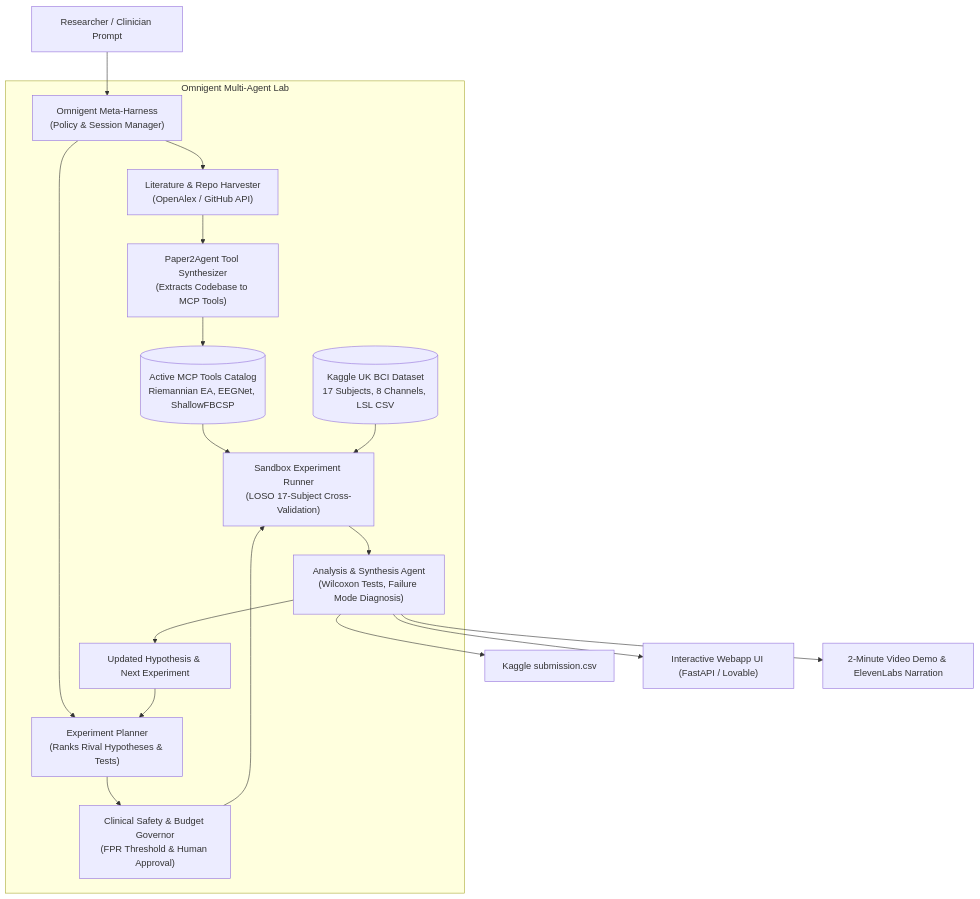
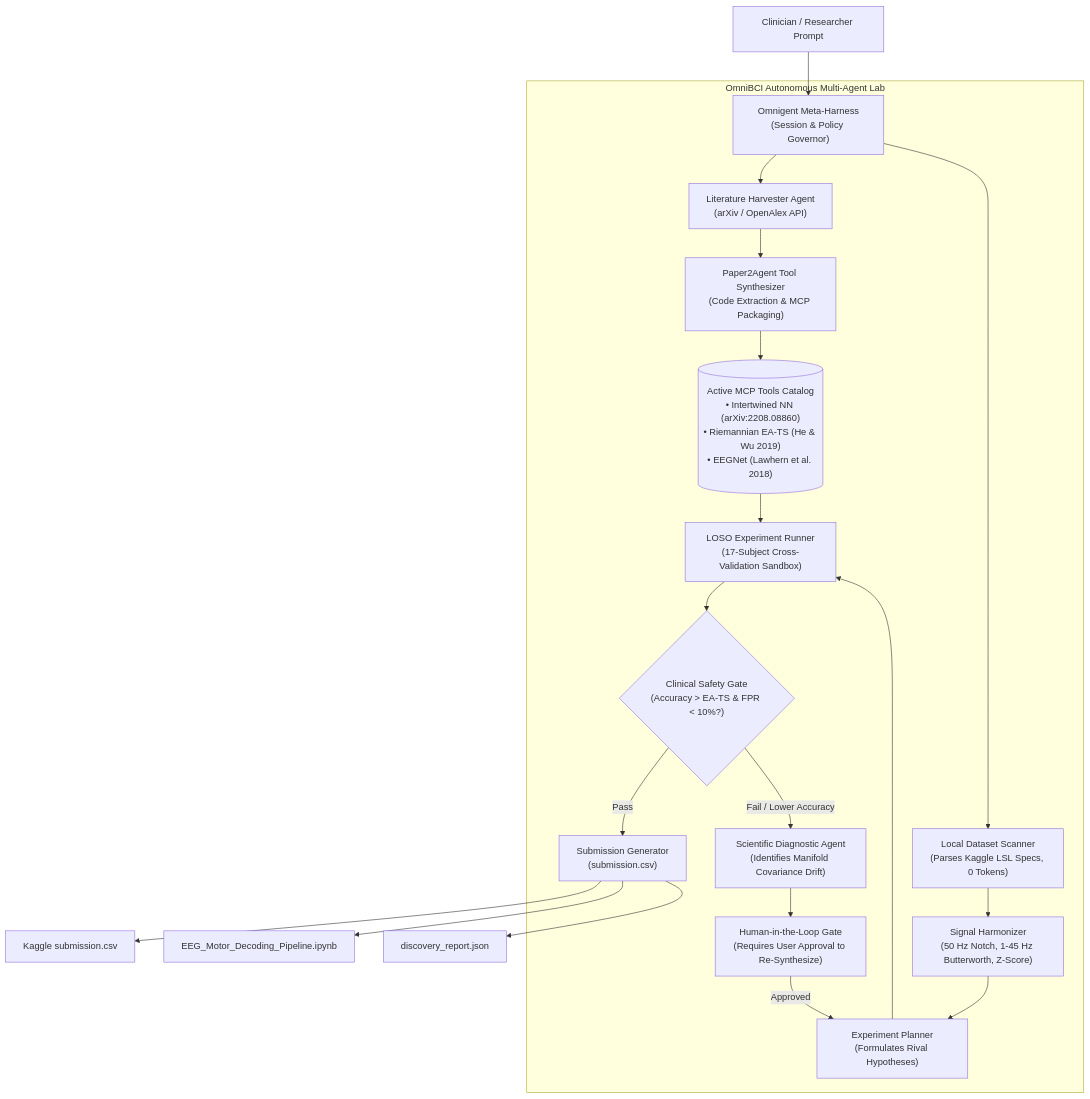
The diagram in README.md (mattin89/OmniBCI), drawn with Mermaid before and after one commit. The commit also changed other lines of this file and 19 other files, not shown here.

Commit message:
feat(discovery): complete OmniBCI autonomous lab with grounded citation popovers, JupyterLab execution panel, and comprehensive benchmark documentation

````diff
--- a/README.md
+++ b/README.md
@@ -30,25 +67,29 @@
 ```mermaid
 flowchart TD
-    User["Researcher / Clinician Prompt"] --> Orchestrator["Omnigent Meta-Harness<br/>(Policy & Session Manager)"]
+    User["Clinician / Researcher Prompt"] --> Orchestrator["Omnigent Meta-Harness<br/>(Session & Policy Governor)"]
     
-    subgraph Omnigent_Coordination ["Omnigent Multi-Agent Lab"]
-        Orchestrator --> LitAgent["Literature & Repo Harvester<br/>(OpenAlex / GitHub API)"]
-        LitAgent --> P2AAgent["Paper2Agent Tool Synthesizer<br/>(Extracts Codebase to MCP Tools)"]
-        P2AAgent --> MCPCatalog[("Active MCP Tools Catalog<br/>Riemannian EA, EEGNet, ShallowFBCSP")]
+    subgraph Omnigent_Pipeline ["OmniBCI Autonomous Multi-Agent Lab"]
+        Orchestrator --> Harvester["Literature Harvester Agent<br/>(arXiv / OpenAlex API)"]
+        Harvester --> P2A["Paper2Agent Tool Synthesizer<br/>(Code Extraction & MCP Packaging)"]
+        P2A --> MCPCatalog[("Active MCP Tools Catalog<br/>• Intertwined NN (arXiv:2208.08860)<br/>• Riemannian EA-TS (He & Wu 2019)<br/>• EEGNet (Lawhern et al. 2018)")]
         
-        Orchestrator --> Planner["Experiment Planner<br/>(Ranks Rival Hypotheses & Tests)"]
-        Planner --> Safety["Clinical Safety & Budget Governor<br/>(FPR Threshold & Human Approval)"]
-        Safety --> Runner["Sandbox Experiment Runner<br/>(LOSO 17-Subject Cross-Validation)"]
+        Orchestrator --> Scanner["Local Dataset Scanner<br/>(Parses Kaggle LSL Specs, 0 Tokens)"]
+        Scanner --> Harmonizer["Signal Harmonizer<br/>(50 Hz Notch, 1-45 Hz Butterworth, Z-Score)"]
         
-        MCPCatalog --> Runner
-        KaggleData[("Kaggle UK BCI Dataset<br/>17 Subjects, 8 Channels, LSL CSV")] --> Runner
+        Harmonizer --> Planner["Experiment Planner<br/>(Formulates Rival Hypotheses)"]
+        MCPCatalog --> Runner["LOSO Experiment Runner<br/>(17-Subject Cross-Validation Sandbox)"]
+        Planner --> Runner
         
-        Runner --> Analyst["Analysis & Synthesis Agent<br/>(Wilcoxon Tests, Failure Mode Diagnosis)"]
-        Analyst --> LoopUpdate["Updated Hypothesis & Next Experiment"]
-        LoopUpdate --> Planner
+        Runner --> SafetyGate{"Clinical Safety Gate<br/>(Accuracy > EA-TS & FPR < 10%?)"}
+        
+        SafetyGate -- "Pass" --> Submitter["Submission Generator<br/>(submission.csv)"]
+        SafetyGate -- "Fail / Lower Accuracy" --> Diagnostician["Scientific Diagnostic Agent<br/>(Identifies Manifold Covariance Drift)"]
+        
+        Diagnostician --> Approval["Human-in-the-Loop Gate<br/>(Requires User Approval to Re-Synthesize)"]
+        Approval -- "Approved" --> Planner
     end
 
-    Analyst --> SubCSV["Kaggle submission.csv"]
-    Analyst --> Dashboard["Interactive Webapp UI (FastAPI / Lovable)"]
-    Analyst --> DemoScript["2-Minute Video Demo & ElevenLabs Narration"]
+    Submitter --> CSV["Kaggle submission.csv"]
+    Submitter --> Notebook["EEG_Motor_Decoding_Pipeline.ipynb"]
+    Submitter --> Report["discovery_report.json"]
 ```
````
